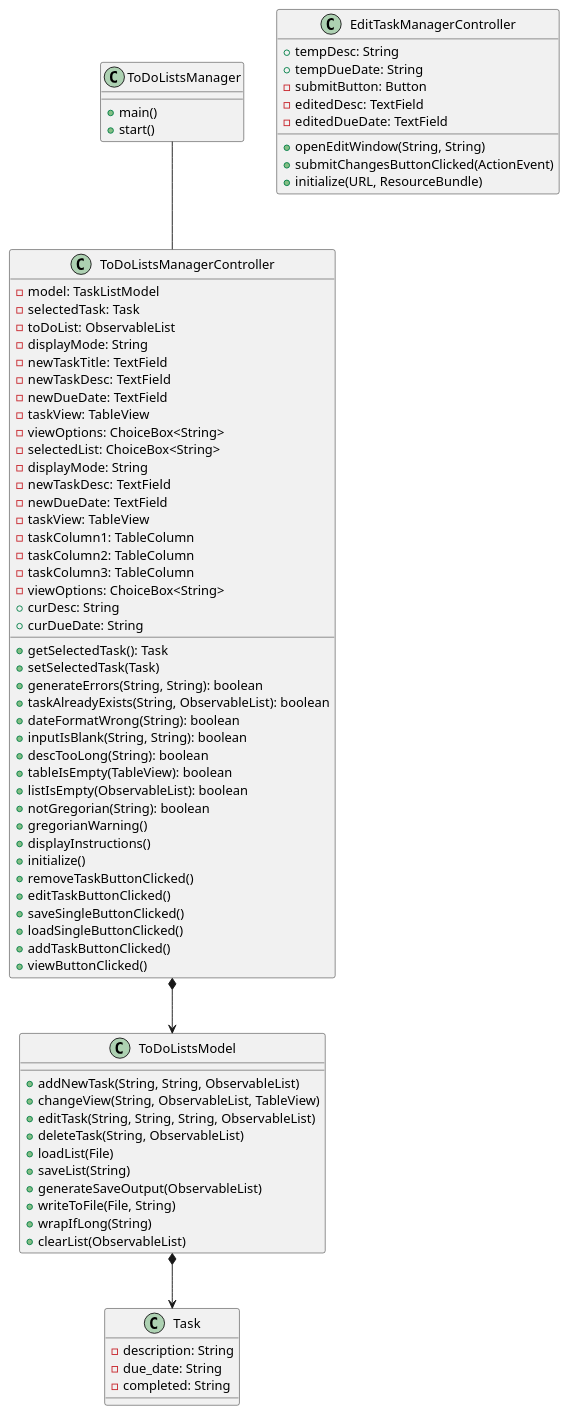
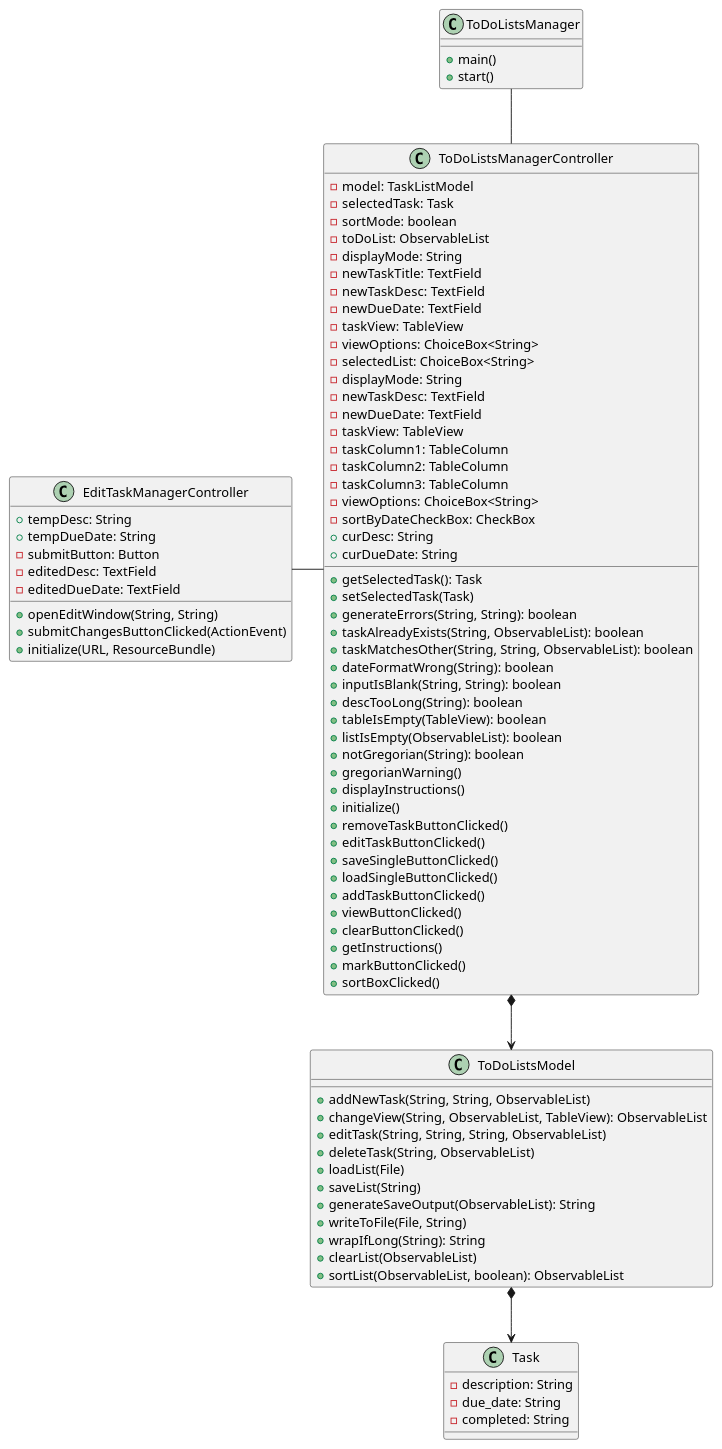
The diagram in uml/Assignment4ClassDiagram.puml (carcmross/cross-cop3330-assignment4part2), drawn with PlantUML before and after one commit. The commit also changed 2 other files, not shown here.

Commit message:
Edited UML

```diff
--- a/uml/Assignment4ClassDiagram.puml
+++ b/uml/Assignment4ClassDiagram.puml
@@ -1,86 +1,95 @@
 @startuml
 'https://plantuml.com/class-diagram
 
 class ToDoListsManager {
     + main()
     + start()
 }
 
 class ToDoListsManagerController {
     - model: TaskListModel
     - selectedTask: Task
+    - sortMode: boolean
     - toDoList: ObservableList
     - displayMode: String
     - newTaskTitle: TextField
     - newTaskDesc: TextField
     - newDueDate: TextField
     - taskView: TableView
     - viewOptions: ChoiceBox<String>
     - selectedList: ChoiceBox<String>
     - displayMode: String
     - newTaskDesc: TextField
     - newDueDate: TextField
     - taskView: TableView
     - taskColumn1: TableColumn
     - taskColumn2: TableColumn
     - taskColumn3: TableColumn
     - viewOptions: ChoiceBox<String>
+    - sortByDateCheckBox: CheckBox
     + curDesc: String
     + curDueDate: String
     + getSelectedTask(): Task
     + setSelectedTask(Task)
     + generateErrors(String, String): boolean
     + taskAlreadyExists(String, ObservableList): boolean
+    + taskMatchesOther(String, String, ObservableList): boolean
     + dateFormatWrong(String): boolean
     + inputIsBlank(String, String): boolean
     + descTooLong(String): boolean
     + tableIsEmpty(TableView): boolean
     + listIsEmpty(ObservableList): boolean
     + notGregorian(String): boolean
     + gregorianWarning()
     + displayInstructions()
     + initialize()
     + removeTaskButtonClicked()
     + editTaskButtonClicked()
     + saveSingleButtonClicked()
     + loadSingleButtonClicked()
     + addTaskButtonClicked()
     + viewButtonClicked()
+    + clearButtonClicked()
+    + getInstructions()
+    + markButtonClicked()
+    + sortBoxClicked()
 }
 
 class ToDoListsModel {
     + addNewTask(String, String, ObservableList)
-    + changeView(String, ObservableList, TableView)
+    + changeView(String, ObservableList, TableView): ObservableList
     + editTask(String, String, String, ObservableList)
     + deleteTask(String, ObservableList)
     + loadList(File)
     + saveList(String)
-    + generateSaveOutput(ObservableList)
+    + generateSaveOutput(ObservableList): String
     + writeToFile(File, String)
-    + wrapIfLong(String)
+    + wrapIfLong(String): String
     + clearList(ObservableList)
+    + sortList(ObservableList, boolean): ObservableList
 }
 
 class Task {
     - description: String
     - due_date: String
     - completed: String
 }
 
 class EditTaskManagerController {
     + tempDesc: String
     + tempDueDate: String
     - submitButton: Button
     - editedDesc: TextField
     - editedDueDate: TextField
 
     + openEditWindow(String, String)
     + submitChangesButtonClicked(ActionEvent)
     + initialize(URL, ResourceBundle)
 }
 
 ToDoListsManager -- ToDoListsManagerController
+EditTaskManagerController - ToDoListsManagerController
 ToDoListsManagerController *--> ToDoListsModel
 ToDoListsModel *--> Task
 
 @enduml
```
